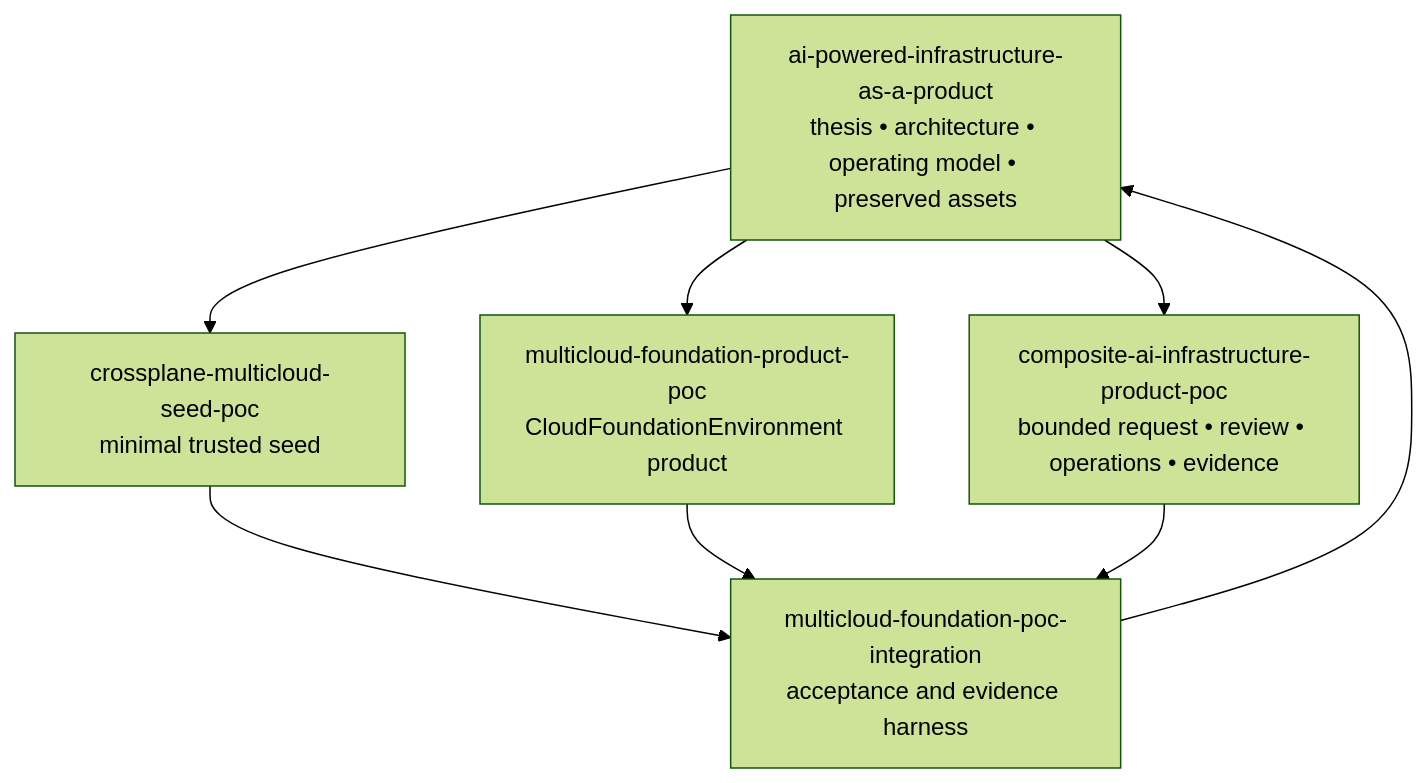
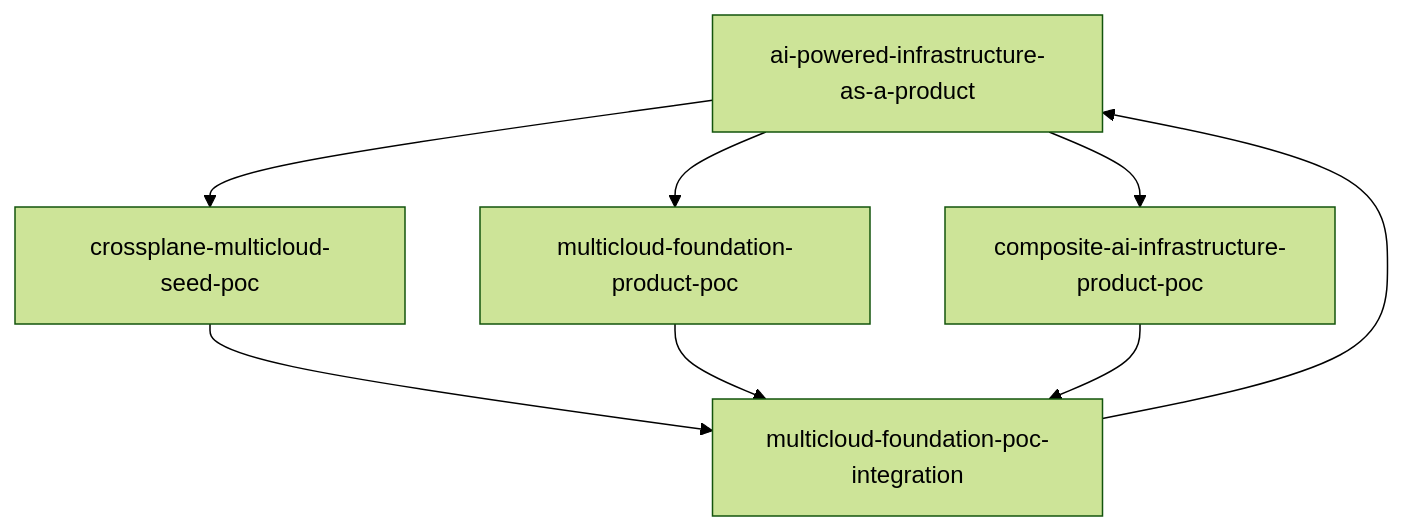
Before and after one commit to SAABOLImpactVenture/ai-powered-infrastructure-as-a-product: the diagram in docs/poc-portfolio.md, drawn with Mermaid (forest theme). The commit also changed other lines of this file and 1052 other files, not shown here.

First line of the commit message:
Supersede legacy accelerator stack with modern IaaP reference architecture (#91)

````diff
--- a/docs/poc-portfolio.md
+++ b/docs/poc-portfolio.md
@@ -19,16 +5,15 @@
 ```mermaid
 flowchart TB
-  HUB[ai-powered-infrastructure-as-a-product<br/>thesis • architecture • operating model • preserved assets]
-  SEED[crossplane-multicloud-seed-poc<br/>minimal trusted seed]
-  PRODUCT[multicloud-foundation-product-poc<br/>CloudFoundationEnvironment product]
-  AI[composite-ai-infrastructure-product-poc<br/>bounded request • review • operations • evidence]
-  INT[multicloud-foundation-poc-integration<br/>acceptance and evidence harness]
-
+  HUB[ai-powered-infrastructure-as-a-product]
+  SEED[crossplane-multicloud-seed-poc]
+  PRODUCT[multicloud-foundation-product-poc]
+  AI[composite-ai-infrastructure-product-poc]
+  INT[multicloud-foundation-poc-integration]
   HUB --> SEED
   HUB --> PRODUCT
   HUB --> AI
   SEED --> INT
   PRODUCT --> INT
   AI --> INT
   INT --> HUB
 ```
````
